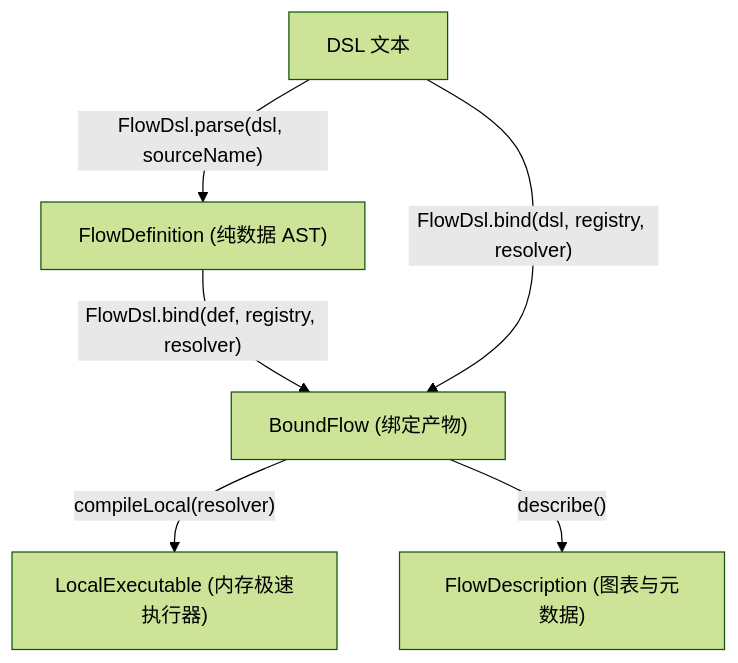
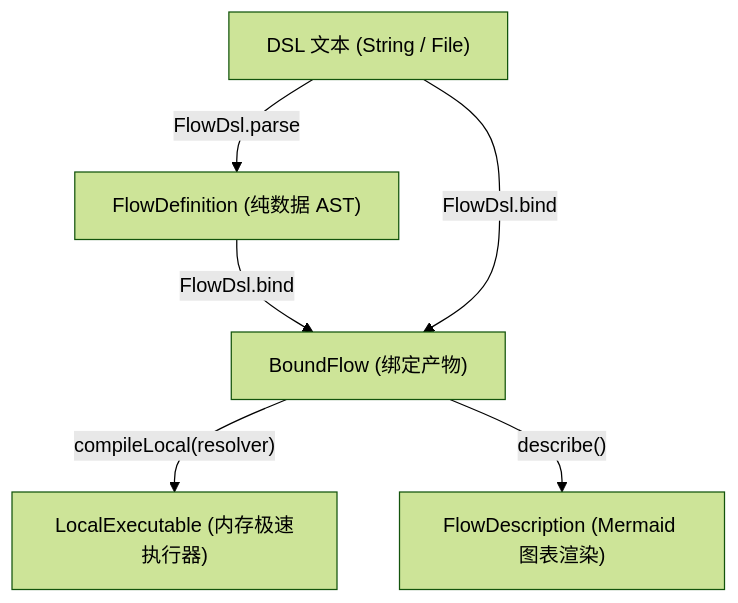
The diagram in docs/flow/flow-dsl.md (team4u/team4u-framework), drawn with Mermaid (forest theme) before and after one commit. The commit also changed other lines of this file, not shown here.

Commit message:
docs(flow-dsl): polish documentation with quick taste, syntax cheat sheet and practical guide

````diff
--- a/docs/flow/flow-dsl.md
+++ b/docs/flow/flow-dsl.md
@@ -260,8 +288,8 @@
 ```mermaid
 graph TD
-    DSL["DSL 文本"] -->|"FlowDsl.parse(dsl, sourceName)"| FD["FlowDefinition (纯数据 AST)"]
-    FD -->|"FlowDsl.bind(def, registry, resolver)"| BF["BoundFlow (绑定产物)"]
-    DSL -->|"FlowDsl.bind(dsl, registry, resolver)"| BF
+    DSL["DSL 文本 (String / File)"] -->|"FlowDsl.parse"| FD["FlowDefinition (纯数据 AST)"]
+    FD -->|"FlowDsl.bind"| BF["BoundFlow (绑定产物)"]
+    DSL -->|"FlowDsl.bind"| BF
     BF -->|"compileLocal(resolver)"| LE["LocalExecutable (内存极速执行器)"]
-    BF -->|"describe()"| DESC["FlowDescription (图表与元数据)"]
+    BF -->|"describe()"| DESC["FlowDescription (Mermaid 图表渲染)"]
 ```
````
